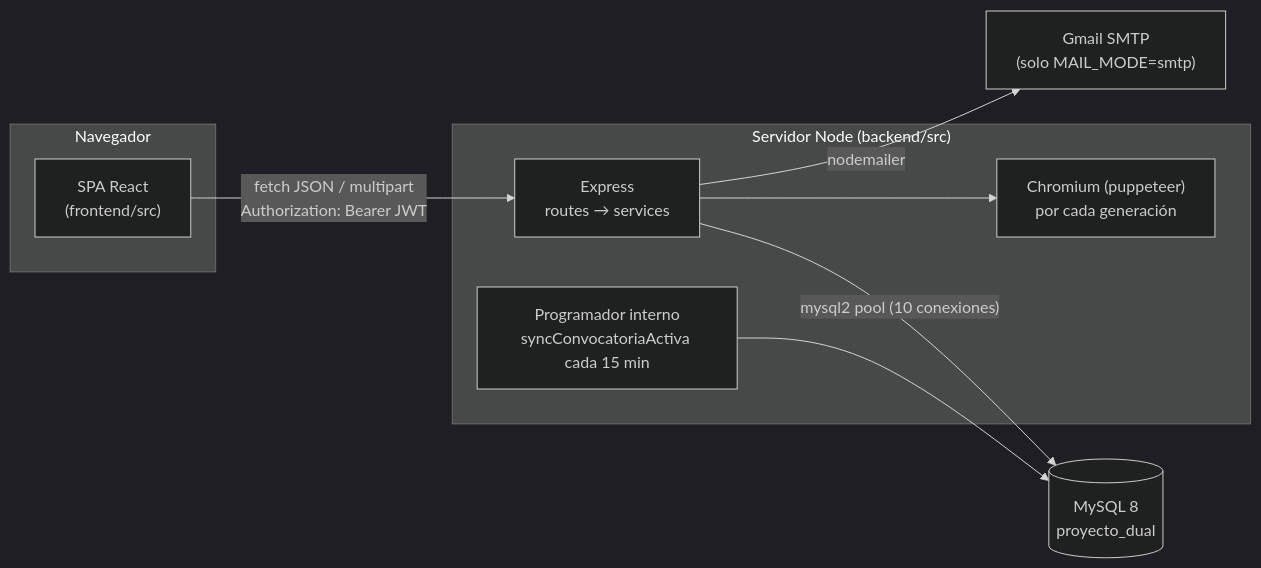
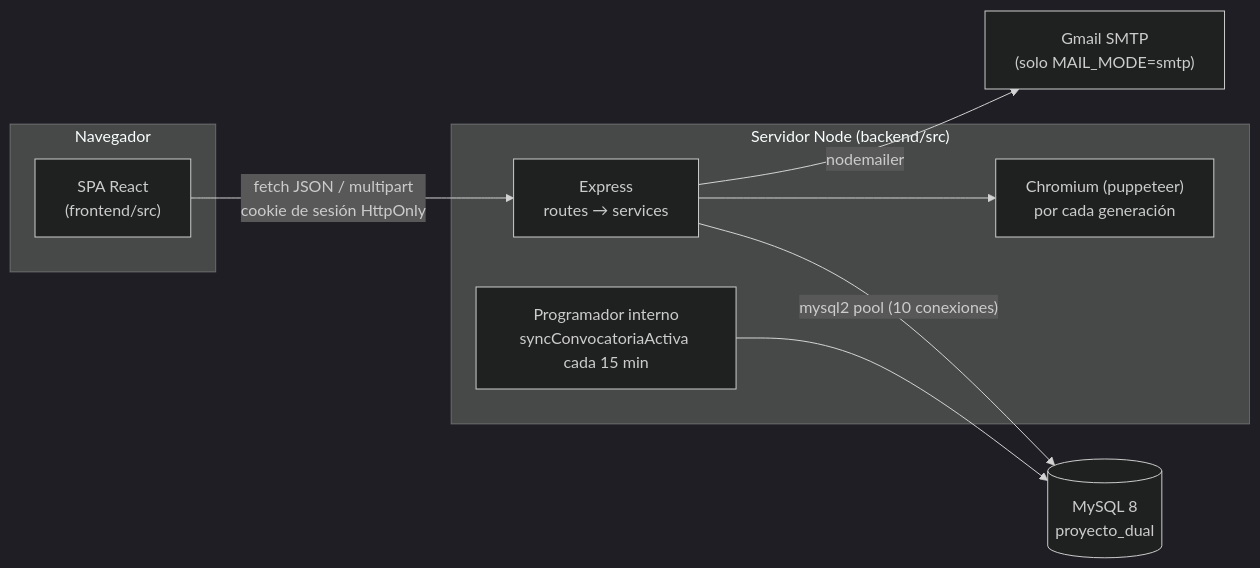
Before and after one commit to Katelynshapoval/Gestor-FP-Dual: the first of 2 diagrams in docs/tecnica/arquitectura/vision-general.md, drawn with Mermaid (dark theme). The commit also changed other lines of this file and 58 other files, not shown here.

````diff
--- a/docs/tecnica/arquitectura/vision-general.md
+++ b/docs/tecnica/arquitectura/vision-general.md
@@ -29,19 +29,19 @@
 ```mermaid
 flowchart LR
   subgraph Navegador
     SPA["SPA React<br/>(frontend/src)"]
   end
   subgraph Servidor["Servidor Node (backend/src)"]
     EXP["Express<br/>routes → services"]
     SCH["Programador interno<br/>syncConvocatoriaActiva cada 15 min"]
     GEN["Chromium (puppeteer)<br/>por cada generación"]
   end
   DB[("MySQL 8<br/>proyecto_dual")]
   SMTP["Gmail SMTP<br/>(solo MAIL_MODE=smtp)"]
 
-  SPA -- "fetch JSON / multipart<br/>Authorization: Bearer JWT" --> EXP
+  SPA -- "fetch JSON / multipart<br/>cookie de sesión HttpOnly" --> EXP
   EXP -- "mysql2 pool (10 conexiones)" --> DB
   SCH --> DB
   EXP --> GEN
   EXP -- "nodemailer" --> SMTP
 ```
````
